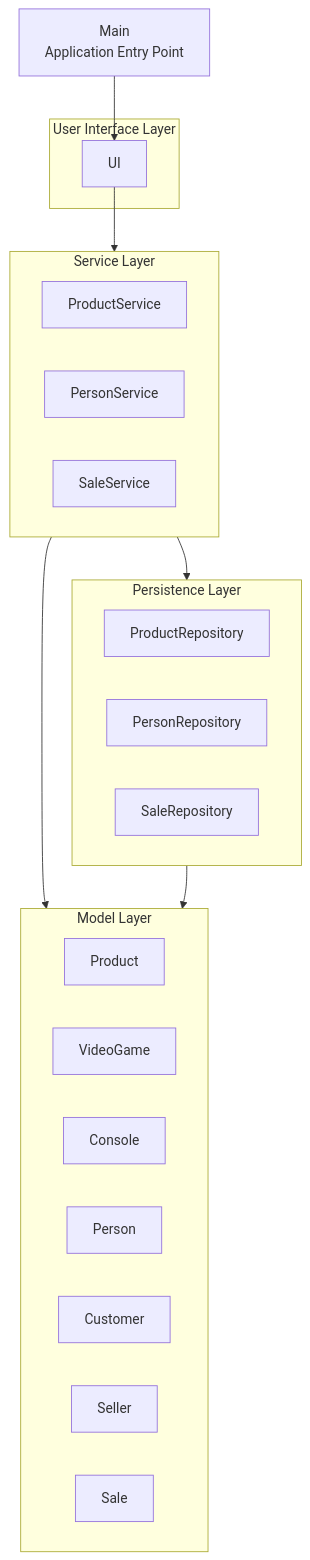
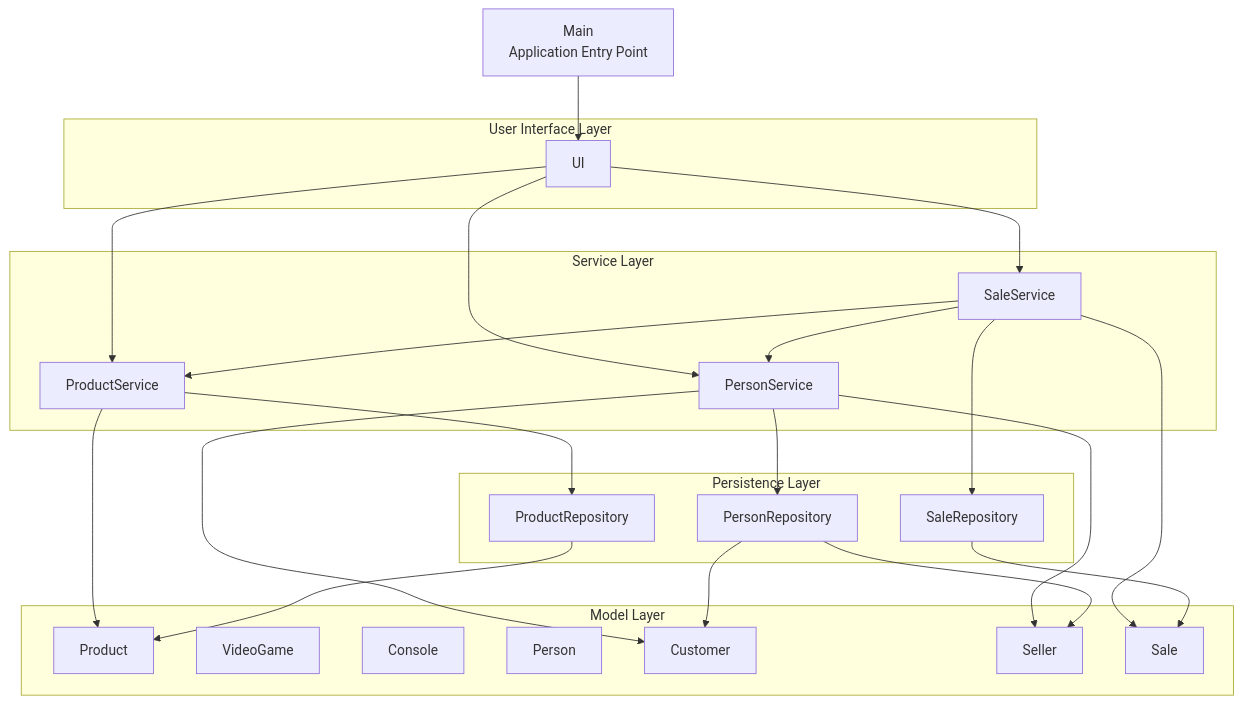
Before and after one commit to carloscamelo2008-lang/GameZone-Entropy: the diagram in docs/layers-diagram.md, drawn with Mermaid. The commit also changed other lines of this file, not shown here.

Commit message:
docs: update layers diagram

````diff
--- a/docs/layers-diagram.md
+++ b/docs/layers-diagram.md
@@ -5,68 +5,82 @@
 ```mermaid
 flowchart TD
 
     %% ==========================================
     %% APPLICATION ENTRY POINT
     %% ==========================================
 
     Main["Main<br/>Application Entry Point"]
 
     %% ==========================================
     %% USER INTERFACE LAYER
     %% ==========================================
 
     subgraph UI["User Interface Layer"]
         UIClass["UI"]
     end
 
     %% ==========================================
     %% SERVICE LAYER
     %% ==========================================
 
     subgraph SERVICE["Service Layer"]
         ProductService["ProductService"]
         PersonService["PersonService"]
         SaleService["SaleService"]
     end
 
     %% ==========================================
     %% PERSISTENCE LAYER
     %% ==========================================
 
     subgraph PERSISTENCE["Persistence Layer"]
         ProductRepository["ProductRepository"]
         PersonRepository["PersonRepository"]
         SaleRepository["SaleRepository"]
     end
 
     %% ==========================================
     %% MODEL LAYER
     %% ==========================================
 
     subgraph MODEL["Model Layer"]
         Product["Product"]
         VideoGame["VideoGame"]
         Console["Console"]
         Person["Person"]
         Customer["Customer"]
         Seller["Seller"]
         Sale["Sale"]
     end
 
     %% ==========================================
     %% APPLICATION STARTUP
     %% ==========================================
 
     Main --> UIClass
 
     %% ==========================================
-    %% ALLOWED LAYER DEPENDENCIES
+    %% ALLOWED DEPENDENCIES
     %% ==========================================
 
-    UIClass --> SERVICE
+    UIClass --> ProductService
+    UIClass --> PersonService
+    UIClass --> SaleService
 
-    SERVICE --> PERSISTENCE
-    SERVICE --> MODEL
+    ProductService --> ProductRepository
+    ProductService --> Product
 
-    PERSISTENCE --> MODEL
+    PersonService --> PersonRepository
+    PersonService --> Customer
+    PersonService --> Seller
+
+    SaleService --> SaleRepository
+    SaleService --> ProductService
+    SaleService --> PersonService
+    SaleService --> Sale
+
+    ProductRepository --> Product
+    PersonRepository --> Customer
+    PersonRepository --> Seller
+    SaleRepository --> Sale
 ```
````
